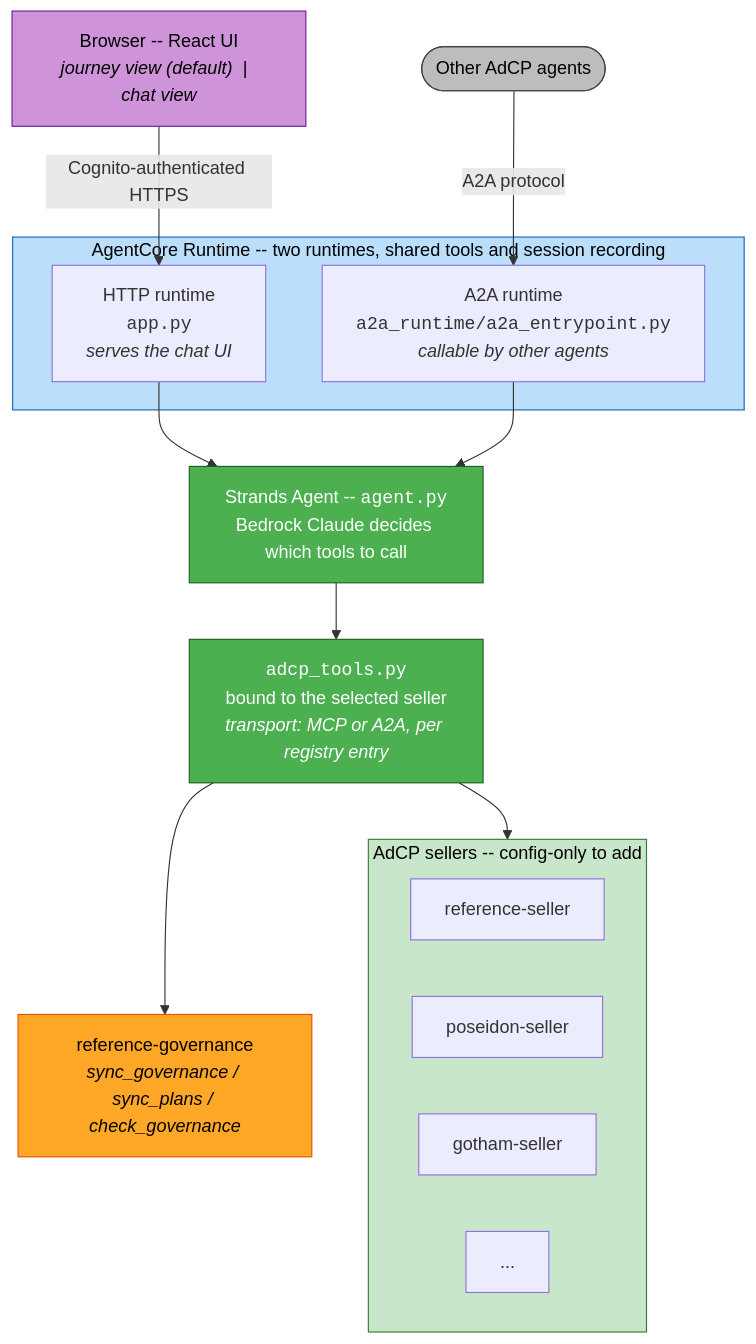
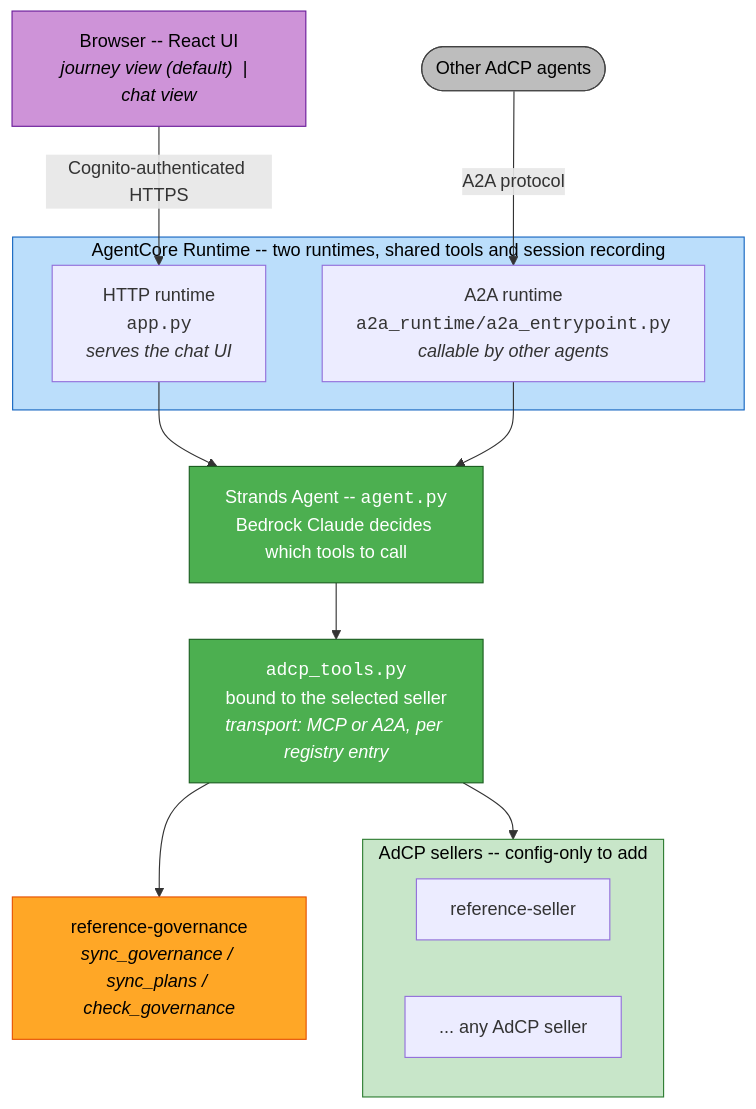
One commit to aws-solutions-library-samples/guidance-for-advertising-agents-on-aws changed the first of 3 diagrams in external-agents/adcp/README.md. Above: the diagram before and after it, drawn with Mermaid. The commit also changed other lines of this file and 5 other files, not shown here.

````diff
--- a/external-agents/adcp/README.md
+++ b/external-agents/adcp/README.md
@@ -47,38 +47,36 @@
 ```mermaid
 flowchart TD
     UI["Browser -- React UI<br/><i>journey view (default) &nbsp;|&nbsp; chat view</i>"]
 
     subgraph RT["AgentCore Runtime -- two runtimes, shared tools and session recording"]
         HTTP["HTTP runtime<br/><code>app.py</code><br/><i>serves the chat UI</i>"]
         A2A["A2A runtime<br/><code>a2a_runtime/a2a_entrypoint.py</code><br/><i>callable by other agents</i>"]
     end
 
     AGENT["Strands Agent -- <code>agent.py</code><br/>Bedrock Claude decides which tools to call"]
     TOOLS["<code>adcp_tools.py</code><br/>bound to the selected seller<br/><i>transport: MCP or A2A, per registry entry</i>"]
 
     subgraph SELLERS["AdCP sellers -- config-only to add"]
         S1["reference-seller"]
-        S2["poseidon-seller"]
-        S3["gotham-seller"]
-        S4["..."]
+        S4["... any AdCP seller"]
     end
 
     GOV["reference-governance<br/><i>sync_governance / sync_plans / check_governance</i>"]
     OTHER(["Other AdCP agents"])
 
     UI -->|"Cognito-authenticated HTTPS"| HTTP
     OTHER -->|"A2A protocol"| A2A
     HTTP --> AGENT
     A2A --> AGENT
     AGENT --> TOOLS
     TOOLS --> SELLERS
     TOOLS --> GOV
 
     style UI fill:#CE93D8,stroke:#6A1B9A,color:#000
     style AGENT fill:#4CAF50,stroke:#1B5E20,color:#fff
     style TOOLS fill:#4CAF50,stroke:#1B5E20,color:#fff
     style GOV fill:#FFA726,stroke:#E65100,color:#000
     style OTHER fill:#BDBDBD,stroke:#424242,color:#000
     style RT fill:#BBDEFB,stroke:#1565C0,color:#000
     style SELLERS fill:#C8E6C9,stroke:#2E7D32,color:#000
 ```
````
